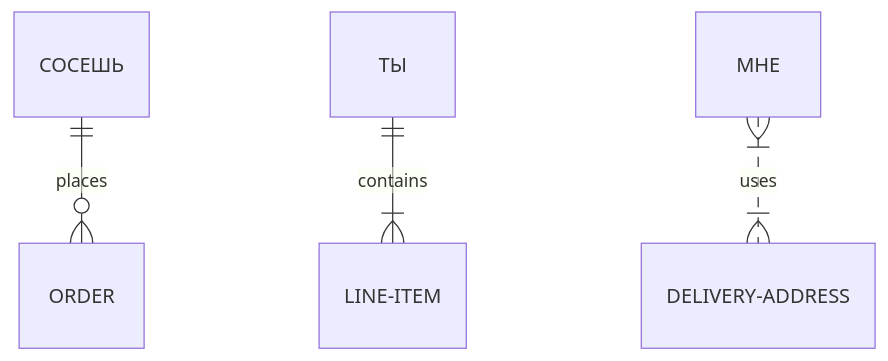
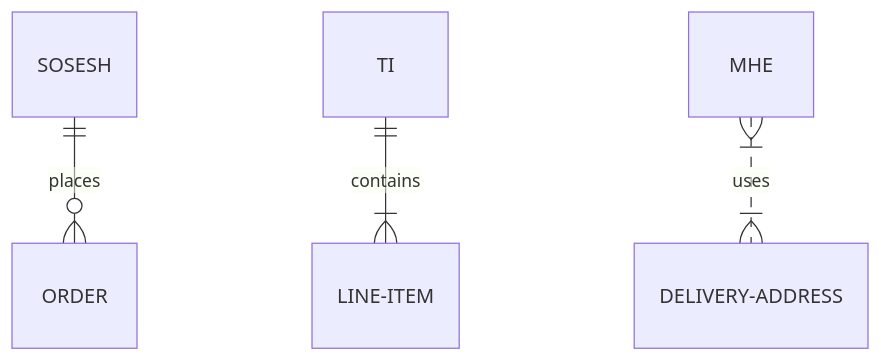
The diagram in README.md (EnDeVeRo/REVENGE), drawn with Mermaid before and after one commit.

````diff
--- a/README.md
+++ b/README.md
@@ -22,6 +22,6 @@
 ```mermaid
 erDiagram
-    СОСЕШЬ ||--o{ ORDER : places
-    ТЫ ||--|{ LINE-ITEM : contains
-    МНЕ }|..|{ DELIVERY-ADDRESS : uses
+    SOSESH ||--o{ ORDER : places
+    TI ||--|{ LINE-ITEM : contains
+    MHE }|..|{ DELIVERY-ADDRESS : uses
 ```
````
